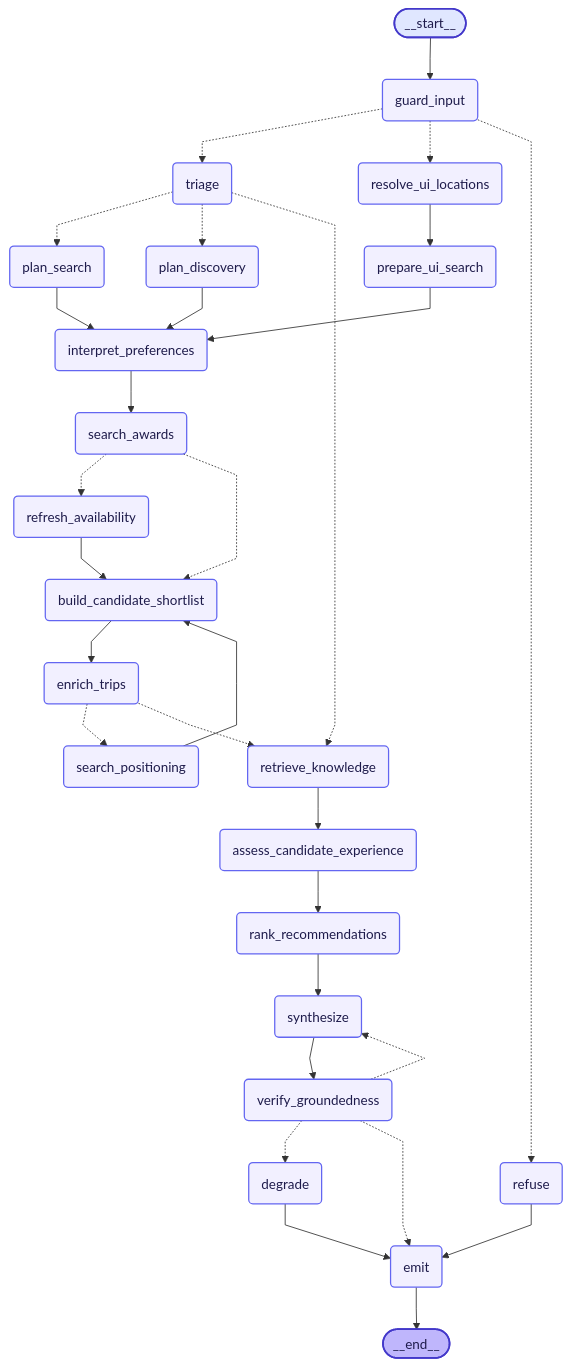
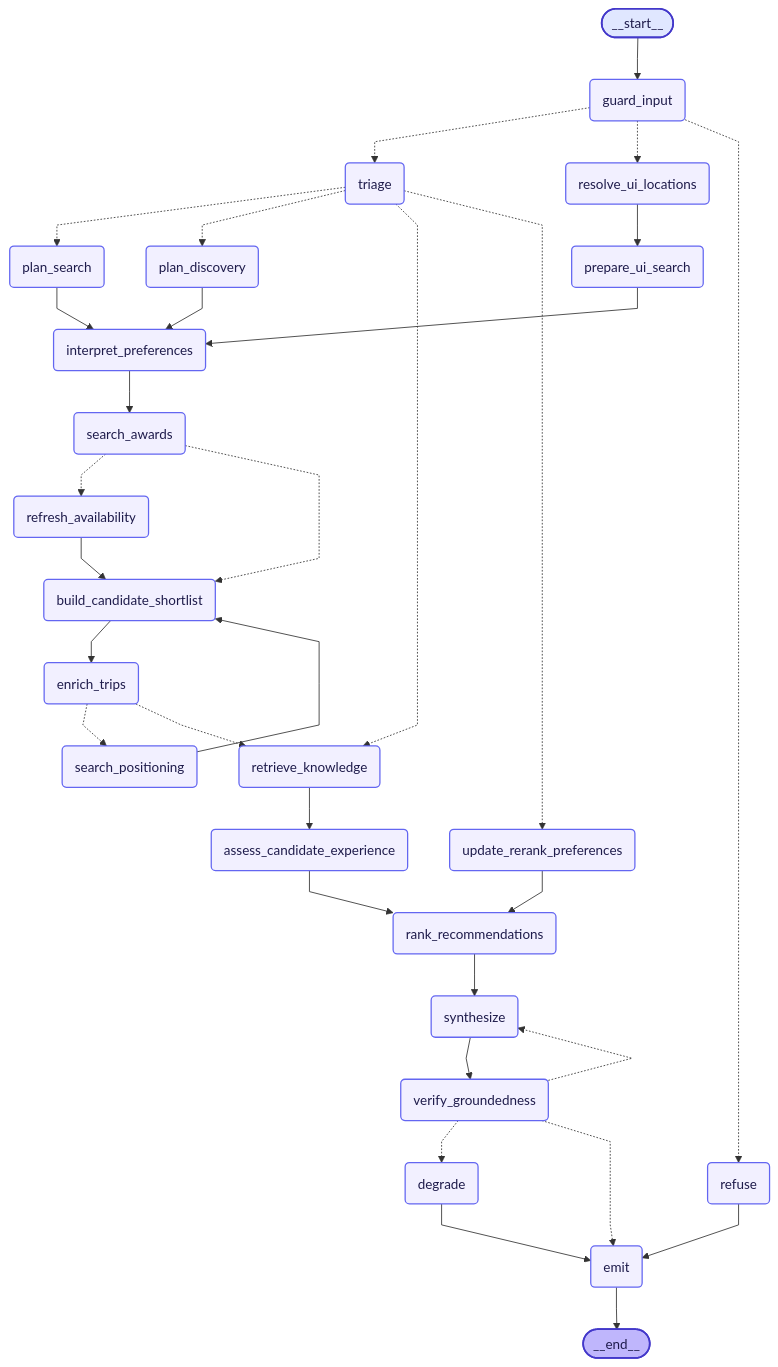
One commit to david-vest/award-travel-agent changed the diagram in docs/graph.md. Above: the diagram before and after it, drawn with Mermaid. The commit also changed 30 other files, not shown here.

````diff
--- a/docs/graph.md
+++ b/docs/graph.md
@@ -5,58 +5,61 @@
 ```mermaid
 %%{init: {'flowchart': {'curve': 'linear'}}}%%
 graph TD;
 	__start__([<p>__start__</p>]):::first
 	guard_input(guard_input)
 	refuse(refuse)
 	triage(triage)
 	resolve_ui_locations(resolve_ui_locations)
 	prepare_ui_search(prepare_ui_search)
 	plan_search(plan_search)
 	plan_discovery(plan_discovery)
 	search_awards(search_awards)
 	search_positioning(search_positioning)
 	interpret_preferences(interpret_preferences)
 	build_candidate_shortlist(build_candidate_shortlist)
 	enrich_trips(enrich_trips)
 	retrieve_knowledge(retrieve_knowledge)
 	assess_candidate_experience(assess_candidate_experience)
+	update_rerank_preferences(update_rerank_preferences)
 	rank_recommendations(rank_recommendations)
 	synthesize(synthesize)
 	refresh_availability(refresh_availability)
 	verify_groundedness(verify_groundedness)
 	degrade(degrade)
 	emit(emit)
 	__end__([<p>__end__</p>]):::last
 	__start__ --> guard_input;
 	assess_candidate_experience --> rank_recommendations;
 	build_candidate_shortlist --> enrich_trips;
 	degrade --> emit;
 	emit --> __end__;
 	interpret_preferences --> search_awards;
 	plan_discovery --> interpret_preferences;
 	plan_search --> interpret_preferences;
 	prepare_ui_search --> interpret_preferences;
 	rank_recommendations --> synthesize;
 	refresh_availability --> build_candidate_shortlist;
 	refuse --> emit;
 	resolve_ui_locations --> prepare_ui_search;
 	retrieve_knowledge --> assess_candidate_experience;
 	search_positioning --> build_candidate_shortlist;
 	synthesize --> verify_groundedness;
+	update_rerank_preferences --> rank_recommendations;
 	guard_input -.-> triage;
 	guard_input -.-> resolve_ui_locations;
 	guard_input -.-> refuse;
 	triage -.-> plan_search;
 	triage -.-> plan_discovery;
 	triage -.-> retrieve_knowledge;
+	triage -.-> update_rerank_preferences;
 	search_awards -.-> refresh_availability;
 	search_awards -.-> build_candidate_shortlist;
 	enrich_trips -.-> search_positioning;
 	enrich_trips -.-> retrieve_knowledge;
 	verify_groundedness -.-> synthesize;
 	verify_groundedness -.-> degrade;
 	verify_groundedness -.-> emit;
 	classDef default fill:#f2f0ff,stroke:#6366f1,color:#1e1b4b,stroke-width:1.5px,line-height:1.2;
 	classDef first fill:#e0e7ff,stroke:#4338ca,color:#1e1b4b,stroke-width:2px;
 	classDef last fill:#bfb6fc,stroke:#4338ca,color:#1e1b4b,stroke-width:2px;
 ```
````
